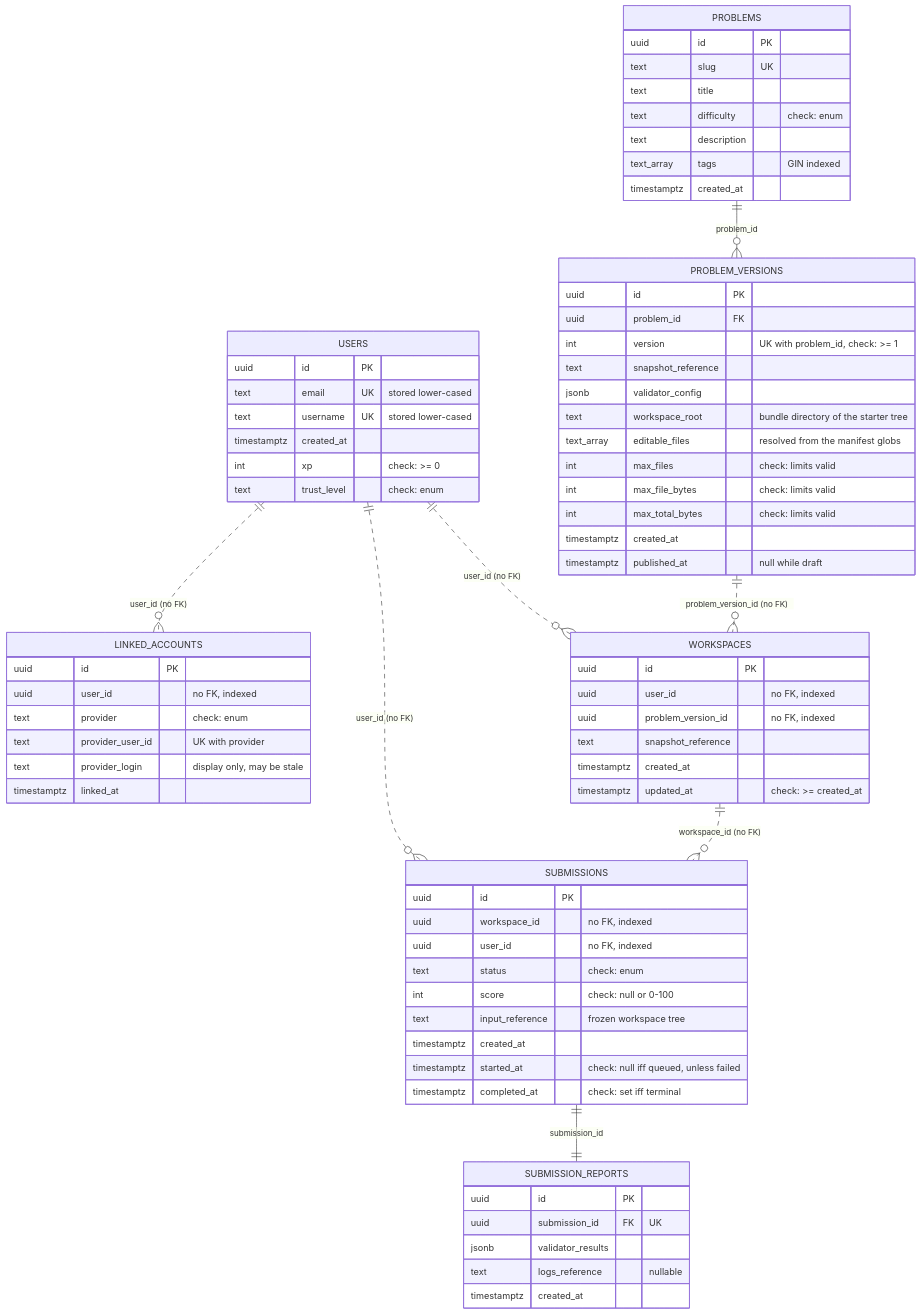
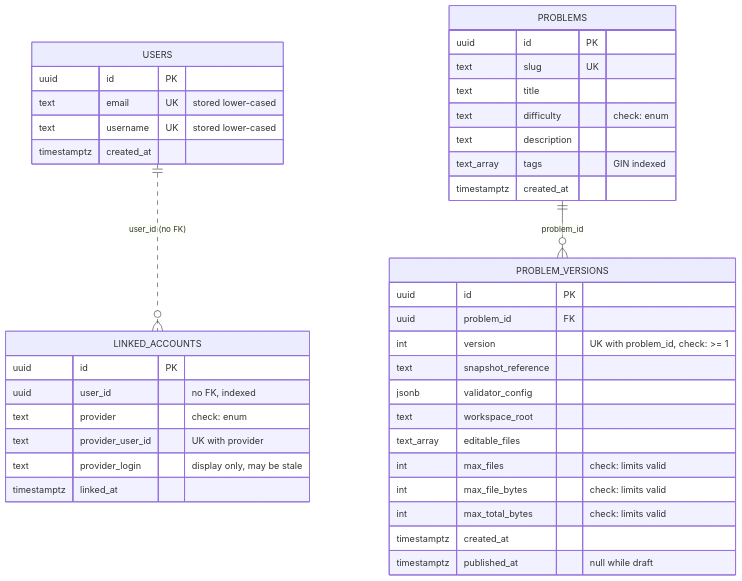
The diagram in docs/DATABASE_SCHEMA.md (shoraLBRT/ritocode), drawn with Mermaid before and after one commit. The commit also changed other lines of this file and 27 other files, not shown here.

````diff
--- a/docs/DATABASE_SCHEMA.md
+++ b/docs/DATABASE_SCHEMA.md
@@ -24,82 +27,46 @@
 ```mermaid
 erDiagram
     USERS ||..o{ LINKED_ACCOUNTS : "user_id (no FK)"
-    USERS ||..o{ WORKSPACES : "user_id (no FK)"
-    USERS ||..o{ SUBMISSIONS : "user_id (no FK)"
     PROBLEMS ||--o{ PROBLEM_VERSIONS : "problem_id"
-    PROBLEM_VERSIONS ||..o{ WORKSPACES : "problem_version_id (no FK)"
-    WORKSPACES ||..o{ SUBMISSIONS : "workspace_id (no FK)"
-    SUBMISSIONS ||--|| SUBMISSION_REPORTS : "submission_id"
 
     USERS {
         uuid id PK
         text email UK "stored lower-cased"
         text username UK "stored lower-cased"
         timestamptz created_at
-        int xp "check: >= 0"
-        text trust_level "check: enum"
     }
 
     LINKED_ACCOUNTS {
         uuid id PK
         uuid user_id "no FK, indexed"
         text provider "check: enum"
         text provider_user_id "UK with provider"
         text provider_login "display only, may be stale"
         timestamptz linked_at
     }
 
     PROBLEMS {
         uuid id PK
         text slug UK
         text title
         text difficulty "check: enum"
         text description
         text_array tags "GIN indexed"
         timestamptz created_at
     }
 
     PROBLEM_VERSIONS {
         uuid id PK
         uuid problem_id FK
         int version "UK with problem_id, check: >= 1"
         text snapshot_reference
         jsonb validator_config
-        text workspace_root "bundle directory of the starter tree"
-        text_array editable_files "resolved from the manifest globs"
+        text workspace_root
+        text_array editable_files
         int max_files "check: limits valid"
         int max_file_bytes "check: limits valid"
         int max_total_bytes "check: limits valid"
         timestamptz created_at
         timestamptz published_at "null while draft"
     }
-
-    WORKSPACES {
-        uuid id PK
-        uuid user_id "no FK, indexed"
-        uuid problem_version_id "no FK, indexed"
-        text snapshot_reference
-        timestamptz created_at
-        timestamptz updated_at "check: >= created_at"
-    }
-
-    SUBMISSIONS {
-        uuid id PK
-        uuid workspace_id "no FK, indexed"
-        uuid user_id "no FK, indexed"
-        text status "check: enum"
-        int score "check: null or 0-100"
-        text input_reference "frozen workspace tree"
-        timestamptz created_at
-        timestamptz started_at "check: null iff queued, unless failed"
-        timestamptz completed_at "check: set iff terminal"
-    }
-
-    SUBMISSION_REPORTS {
-        uuid id PK
-        uuid submission_id FK "UK"
-        jsonb validator_results
-        text logs_reference "nullable"
-        timestamptz created_at
-    }
 ```
````
